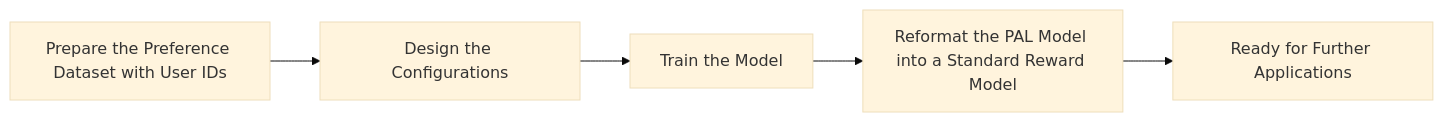
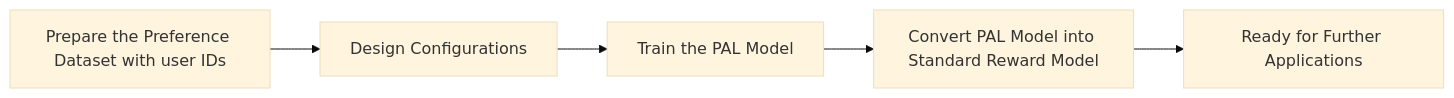
One commit to RamyaLab/pluralistic-alignment changed the diagram in README.md. Above: the diagram before and after it, drawn with Mermaid (base theme).

````diff
--- a/README.md
+++ b/README.md
@@ -66,7 +66,7 @@
  ```mermaid
 graph LR
-    A[Prepare the Preference Dataset with User IDs] --> B[Design the Configurations]
-    B --> C[Train the Model]
-    C --> D[Reformat the PAL Model into a Standard Reward Model]
+    A[Prepare the Preference Dataset with user IDs] --> B[Design Configurations]
+    B --> C[Train the PAL Model]
+    C --> D[Convert PAL Model into Standard Reward Model]
     D --> E[Ready for Further Applications]
 ```
````
